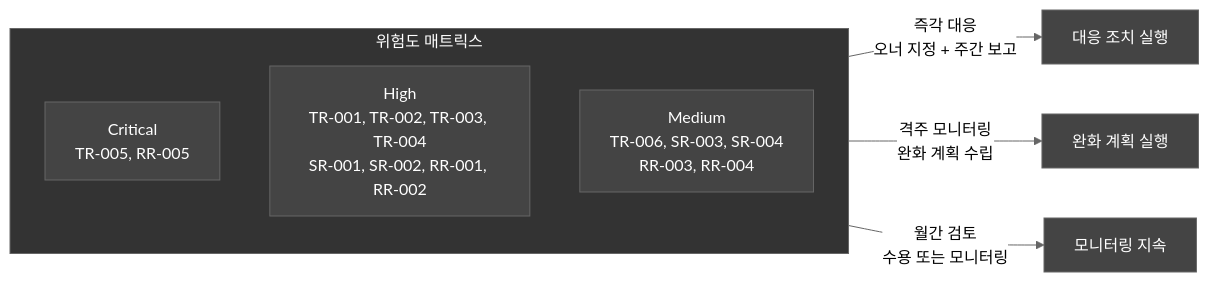
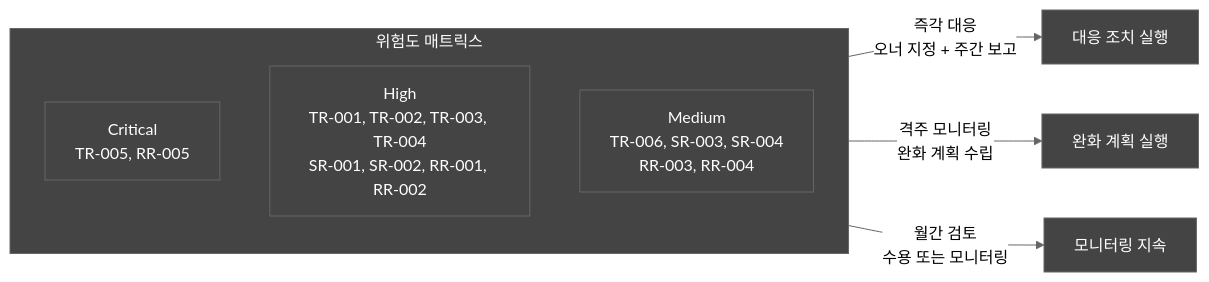
Before and after one commit to holee9/console-gui: diagram 12 of 16 in docs/planning/DOC-002_PRD_v2.0.md, drawn with Mermaid (neutral theme). The commit also changed other lines of this file and 35 other files, not shown here.

First line of the commit message:
fix: 전체 Mermaid 차트 색상 진한 회색 통일

````diff
--- a/docs/planning/DOC-002_PRD_v2.0.md
+++ b/docs/planning/DOC-002_PRD_v2.0.md
@@ -1148,16 +1148,16 @@
 ```mermaid
 flowchart LR
     classDef default fill:#444,stroke:#666,color:#fff
     subgraph Matrix["위험도 매트릭스"]
         direction TB
         C1["Critical\nTR-005, RR-005"]
         H1["High\nTR-001, TR-002, TR-003, TR-004\nSR-001, SR-002, RR-001, RR-002"]
         M1["Medium\nTR-006, SR-003, SR-004\nRR-003, RR-004"]
     end
 
     C1 -->|즉각 대응\n오너 지정 + 주간 보고| Action1[대응 조치 실행]
     H1 -->|격주 모니터링\n완화 계획 수립| Action2[완화 계획 실행]
     M1 -->|월간 검토\n수용 또는 모니터링| Action3[모니터링 지속]
 
-    style Matrix fill:#333,stroke:#666,color:#fff
+    style Matrix fill:#444,stroke:#666,color:#fff
 ```
````
